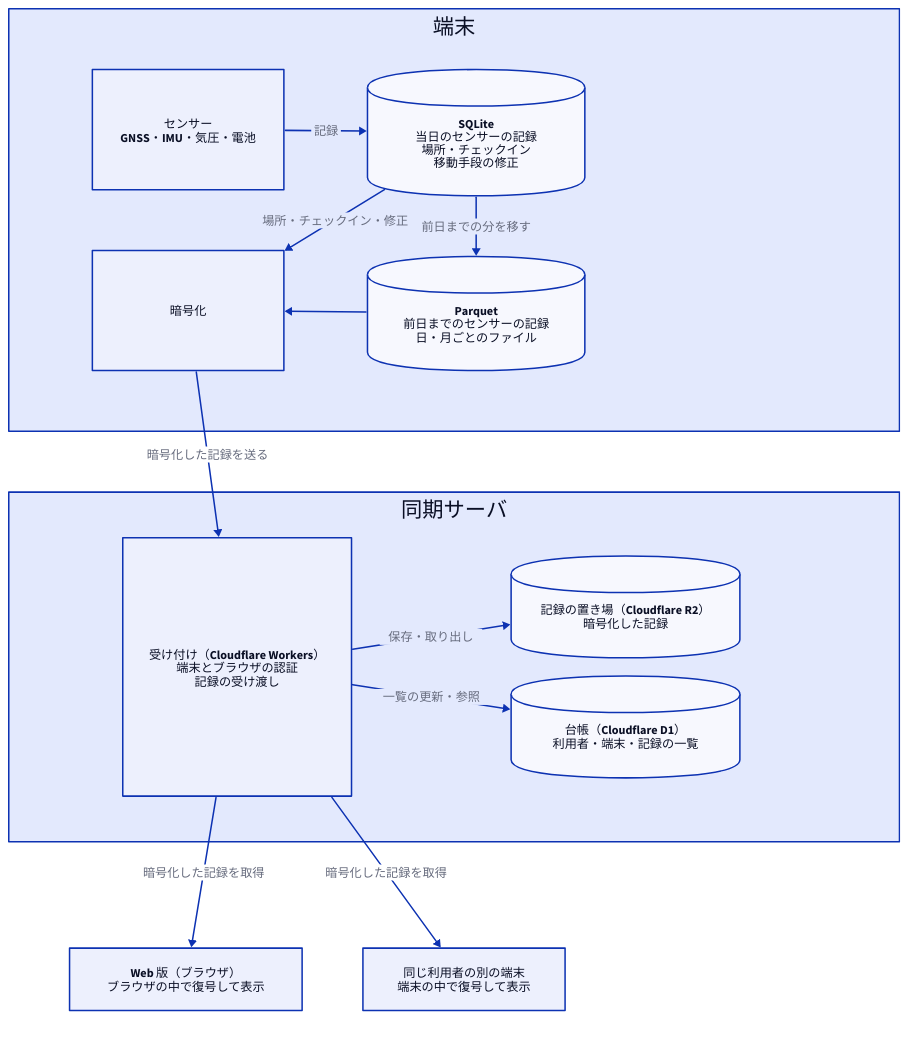
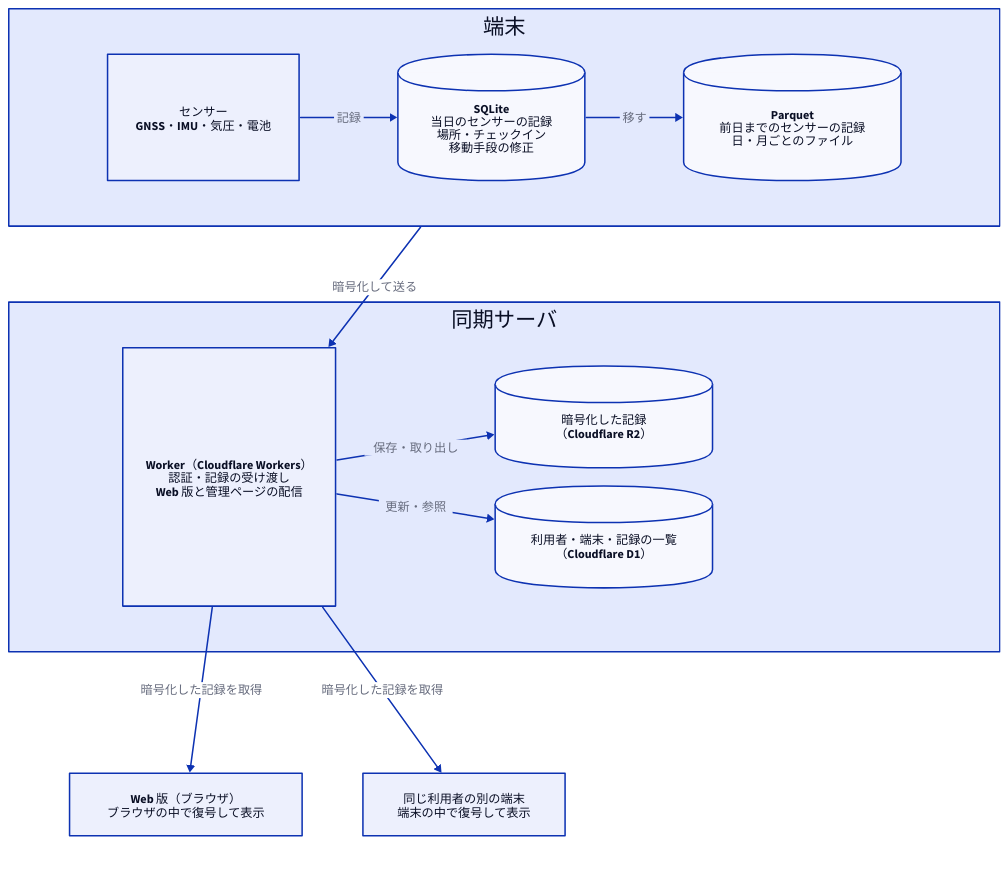
The diagram in docs/diagrams/data-flow.d2 (sksat/ashidori), drawn with D2 before and after one commit. The commit also changed 2 other files, not shown here.

Commit message:
README diagram: no encryption box, one Worker, stores named by content
Encryption is a step of sending, not a box: the device sends encrypted. The server is one Worker (API, the web viewer and admin page) that stores the encrypted records in R2 and updates the list of users, devices and records in D1.

Claude-Session: https://claude.ai/code/session_017t1ggPhSxMpk4m7mc72YJC

```diff
--- a/docs/diagrams/data-flow.d2
+++ b/docs/diagrams/data-flow.d2
@@ -1,53 +1,47 @@
 # データフロー（README）
-# 復号できるのは利用者の端末とペアリングしたブラウザだけで、同期サーバには暗号化した記録だけが届く。
+# 端末は記録を暗号化してから送る。復号できるのは利用者の端末とペアリングしたブラウザだけで、同期サーバには暗号化した記録だけが届く。
 direction: down
 grid-rows: 3
-grid-gap: 80
+grid-gap: 100
 
 phone: 端末 {
-  grid-columns: 2
-  horizontal-gap: 110
-  vertical-gap: 80
-  # The grid fills column by column: sensors over enc, db over archive,
-  # so the encrypted records leave from the bottom left, straight down to the server.
+  grid-columns: 3
+  horizontal-gap: 130
   sensors: "センサー\nGNSS・IMU・気圧・電池"
-  enc: 暗号化
   db: "SQLite\n当日のセンサーの記録\n場所・チェックイン\n移動手段の修正" {shape: cylinder}
   archive: "Parquet\n前日までのセンサーの記録\n日・月ごとのファイル" {shape: cylinder}
 
   sensors -> db: 記録
-  db -> archive: 前日までの分を移す
-  db -> enc: 場所・チェックイン・修正
-  archive -> enc
+  db -> archive: 移す
 }
 
 server: 同期サーバ {
   grid-columns: 2
   horizontal-gap: 150
-  # The front on the left (under the device's encryption and above the readers),
+  # The Worker on the left (under the device's encryption and above the readers),
   # the stores on the right, so no arrow crosses a store.
-  api: "受け付け（Cloudflare Workers）\n端末とブラウザの認証\n記録の受け渡し"
+  api: "Worker（Cloudflare Workers）\n認証・記録の受け渡し\nWeb 版と管理ページの配信"
   stores: "" {
     style.fill: transparent
     style.stroke: transparent
     grid-rows: 2
     vertical-gap: 24
-    blobs: "記録の置き場（Cloudflare R2）\n暗号化した記録" {shape: cylinder}
-    meta: "台帳（Cloudflare D1）\n利用者・端末・記録の一覧" {shape: cylinder}
+    blobs: "暗号化した記録\n（Cloudflare R2）" {shape: cylinder}
+    meta: "利用者・端末・記録の一覧\n（Cloudflare D1）" {shape: cylinder}
   }
   api -> stores.blobs: 保存・取り出し
-  api -> stores.meta: 一覧の更新・参照
+  api -> stores.meta: 更新・参照
 }
 
 readers: "" {
   style.fill: transparent
   style.stroke: transparent
   grid-columns: 2
   horizontal-gap: 80
   web: "Web 版（ブラウザ）\nブラウザの中で復号して表示"
   other: "同じ利用者の別の端末\n端末の中で復号して表示"
 }
 
-phone.enc -> server.api: 暗号化した記録を送る
+phone -> server.api: 暗号化して送る
 server.api -> readers.web: 暗号化した記録を取得
 server.api -> readers.other: 暗号化した記録を取得
```
